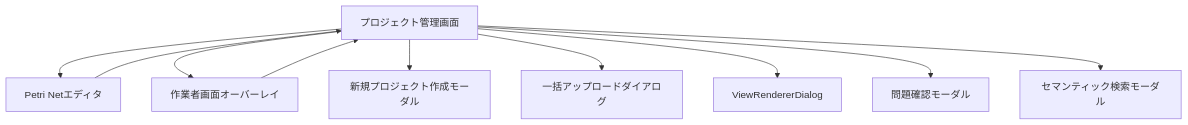
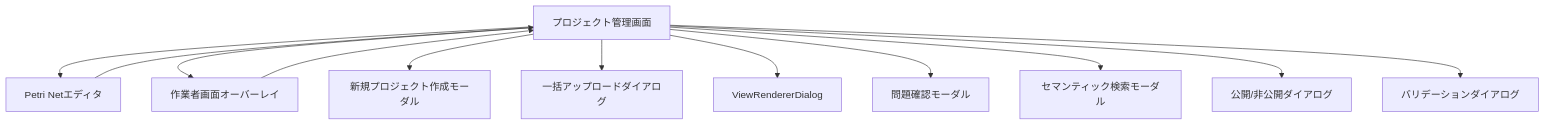
One commit to HisashiShimada/AlcheMia_Prod_PH2 changed the diagram in docs/design/ui/experiment_admin/01_project_management/ui_project_management.md. Above: the diagram before and after it, drawn with Mermaid. The commit also changed other lines of this file and 64 other files, not shown here.

````diff
--- a/docs/design/ui/experiment_admin/01_project_management/ui_project_management.md
+++ b/docs/design/ui/experiment_admin/01_project_management/ui_project_management.md
@@ -113,12 +165,14 @@
 ```mermaid
 graph TD
     A[プロジェクト管理画面] --> B[Petri Netエディタ]
     A --> C[作業者画面オーバーレイ]
     A --> D[新規プロジェクト作成モーダル]
     A --> E[一括アップロードダイアログ]
     A --> F[ViewRendererDialog]
     A --> G[問題確認モーダル]
     A --> H[セマンティック検索モーダル]
+    A --> I[公開/非公開ダイアログ]
+    A --> J[バリデーションダイアログ]
     B --> A
     C --> A
 ```
````
